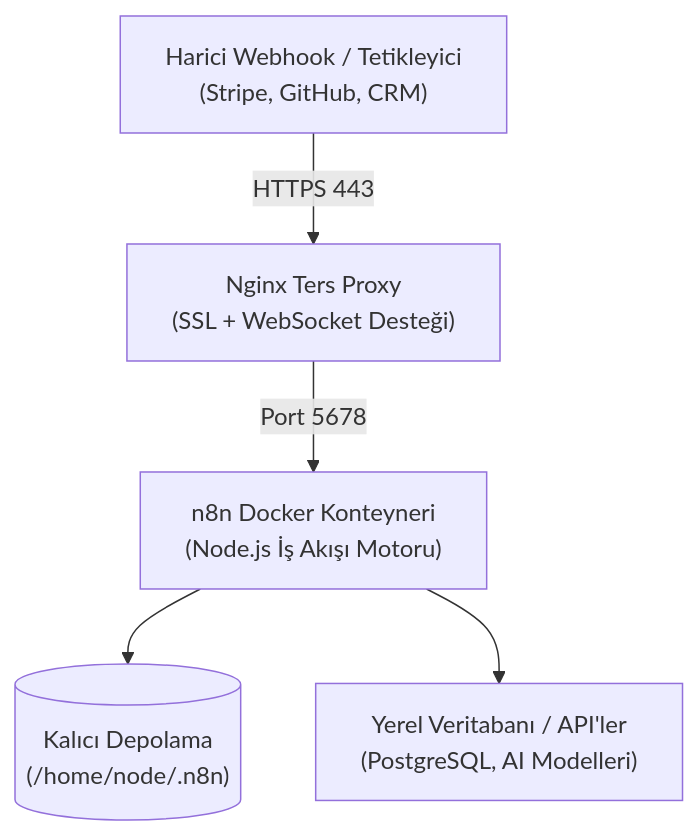
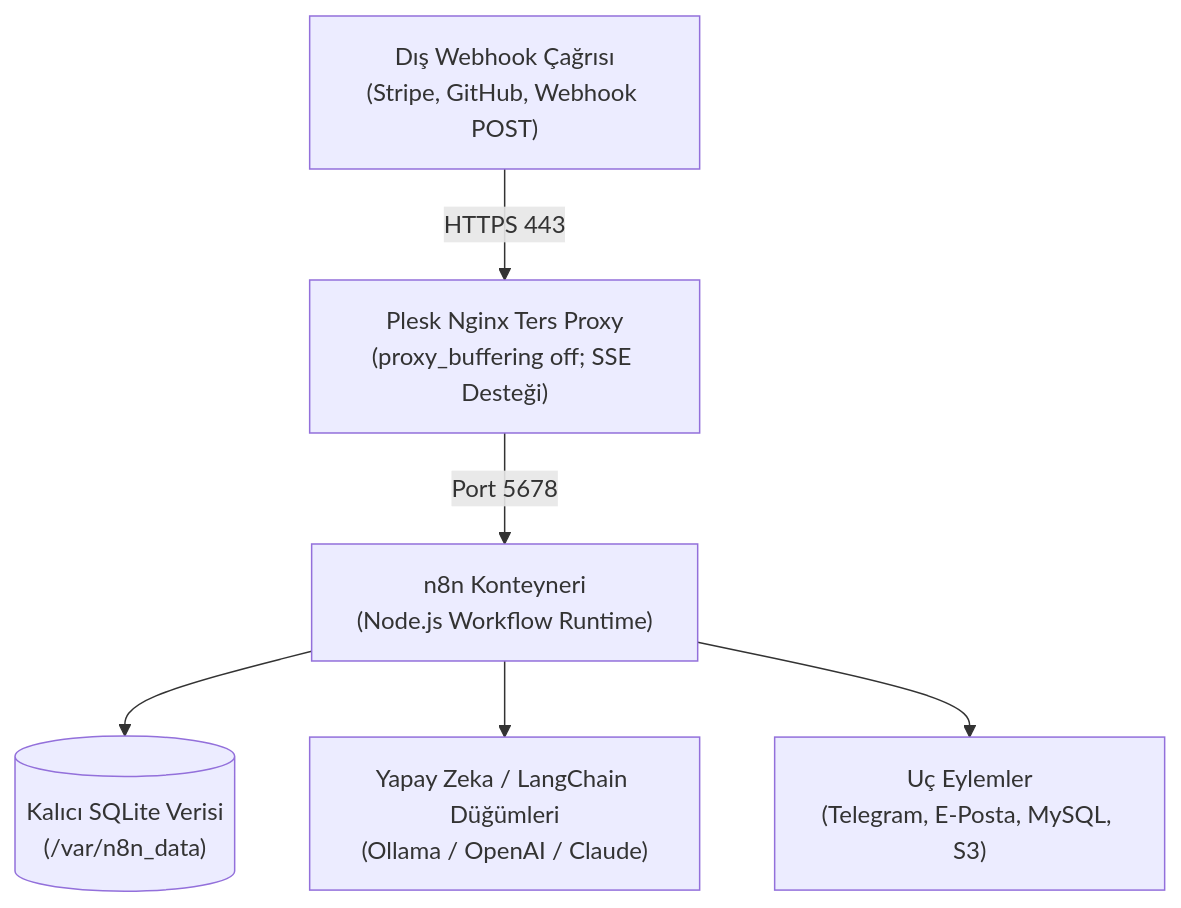
One commit to oaonuraksoy/oaonuraksoy changed the diagram in src/content/broadcasts/tr/n8n-docker-plesk-kurulumu.md. Above: the diagram before and after it, drawn with Mermaid. The commit also changed other lines of this file and 28 other files, not shown here.

Commit message:
feat(broadcasts): humanize 10 video case studies, add vault assets, webp covers and faqpage schema

````diff
--- a/src/content/broadcasts/tr/n8n-docker-plesk-kurulumu.md
+++ b/src/content/broadcasts/tr/n8n-docker-plesk-kurulumu.md
@@ -36,7 +54,8 @@
 ```mermaid
 flowchart TD
-    Webhook["Harici Webhook / Tetikleyici<br/>(Stripe, GitHub, CRM)"] -->|HTTPS 443| Nginx["Nginx Ters Proxy<br/>(SSL + WebSocket Desteği)"]
-    Nginx -->|Port 5678| n8n["n8n Docker Konteyneri<br/>(Node.js İş Akışı Motoru)"]
-    n8n --> Storage[("Kalıcı Depolama<br/>(/home/node/.n8n)")]
-    n8n --> DB["Yerel Veritabanı / API'ler<br/>(PostgreSQL, AI Modelleri)"]
+    Webhook["Dış Webhook Çağrısı<br/>(Stripe, GitHub, Webhook POST)"] -->|HTTPS 443| Nginx["Plesk Nginx Ters Proxy<br/>(proxy_buffering off; SSE Desteği)"]
+    Nginx -->|Port 5678| n8n["n8n Konteyneri<br/>(Node.js Workflow Runtime)"]
+    n8n --> Storage[("Kalıcı SQLite Verisi<br/>(/var/n8n_data)")]
+    n8n --> LLM["Yapay Zeka / LangChain Düğümleri<br/>(Ollama / OpenAI / Claude)"]
+    n8n --> Action["Uç Eylemler<br/>(Telegram, E-Posta, MySQL, S3)"]
 ```
````
